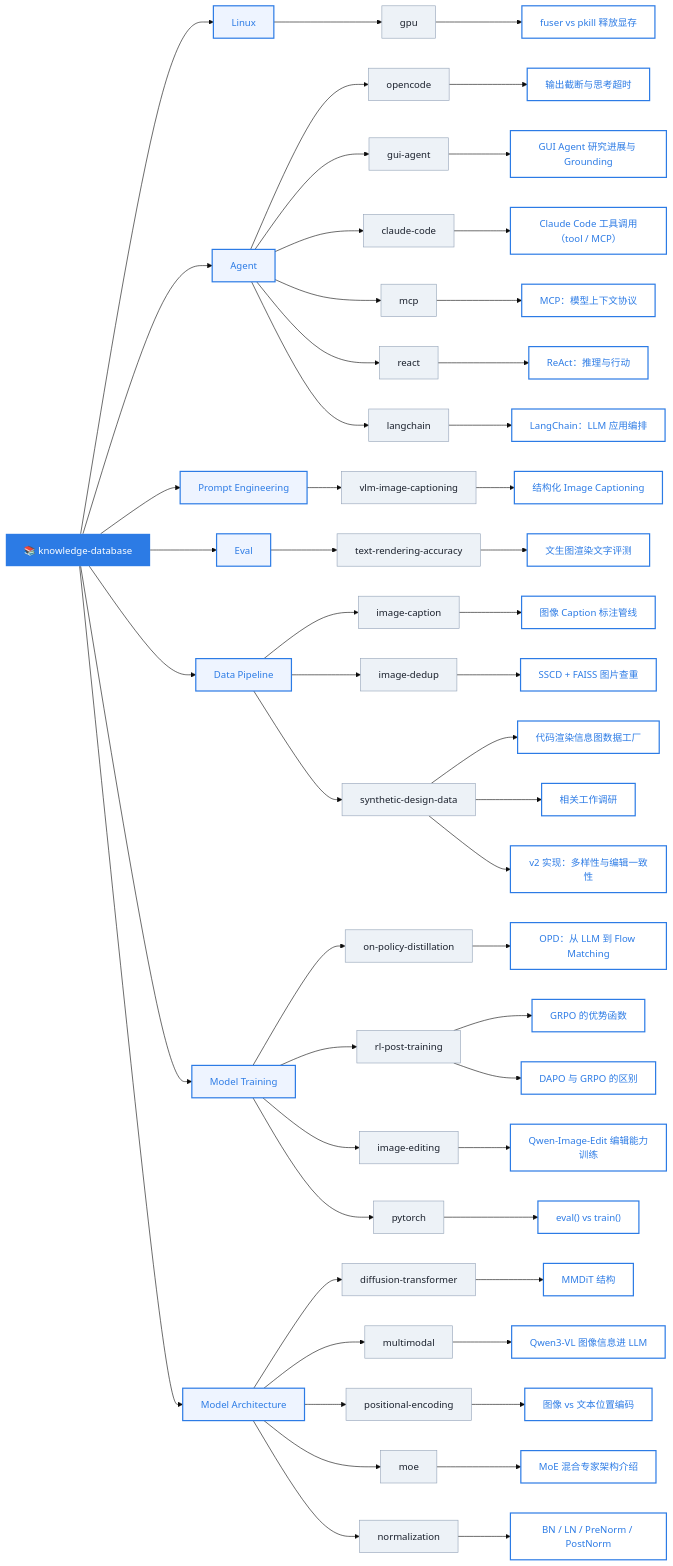
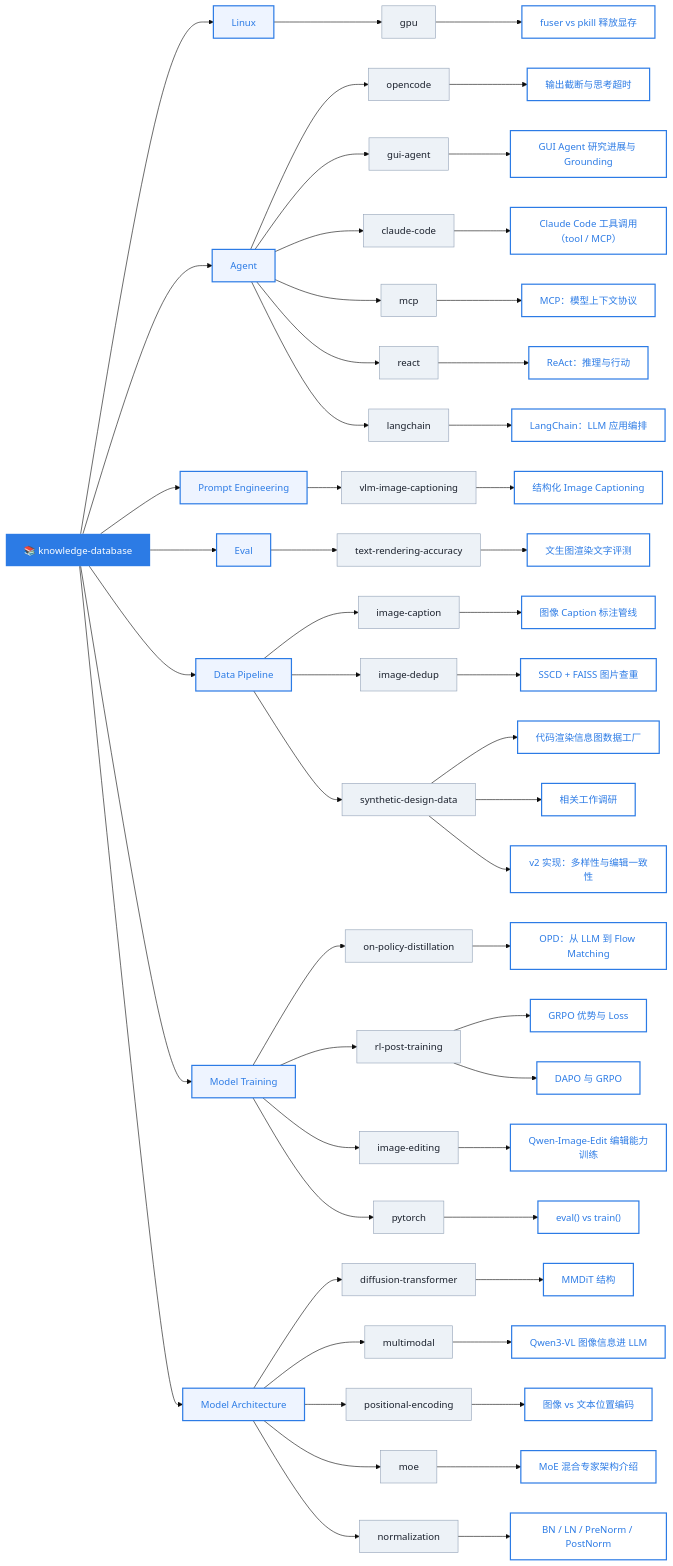
Before and after one commit to caseclose/knowledge-database: the diagram in README.md, drawn with Mermaid (base theme). The commit also changed other lines of this file and 3 other files, not shown here.

First line of the commit message:
update: 细化 GRPO / DAPO 的优势函数与 loss

```diff
--- a/README.md
+++ b/README.md
@@ -55,8 +55,8 @@
     OPD --> K8["OPD：从 LLM 到 Flow Matching"]
 
     MT --> RLPT["rl-post-training"]
-    RLPT --> K13["GRPO 的优势函数"]
-    RLPT --> K14["DAPO 与 GRPO 的区别"]
+    RLPT --> K13["GRPO 优势与 Loss"]
+    RLPT --> K14["DAPO 与 GRPO"]
     MT --> IE["image-editing"]
     IE --> K15["Qwen-Image-Edit 编辑能力训练"]
     MT --> PT["pytorch"]
```
